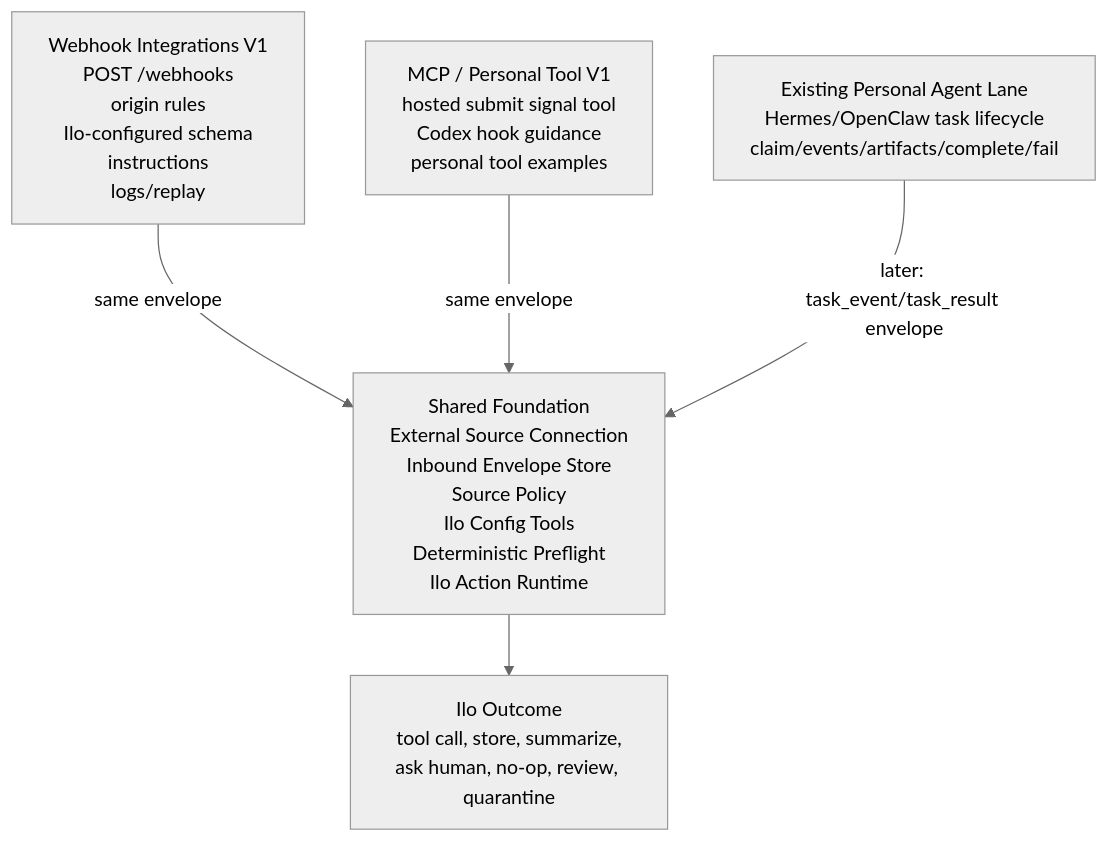
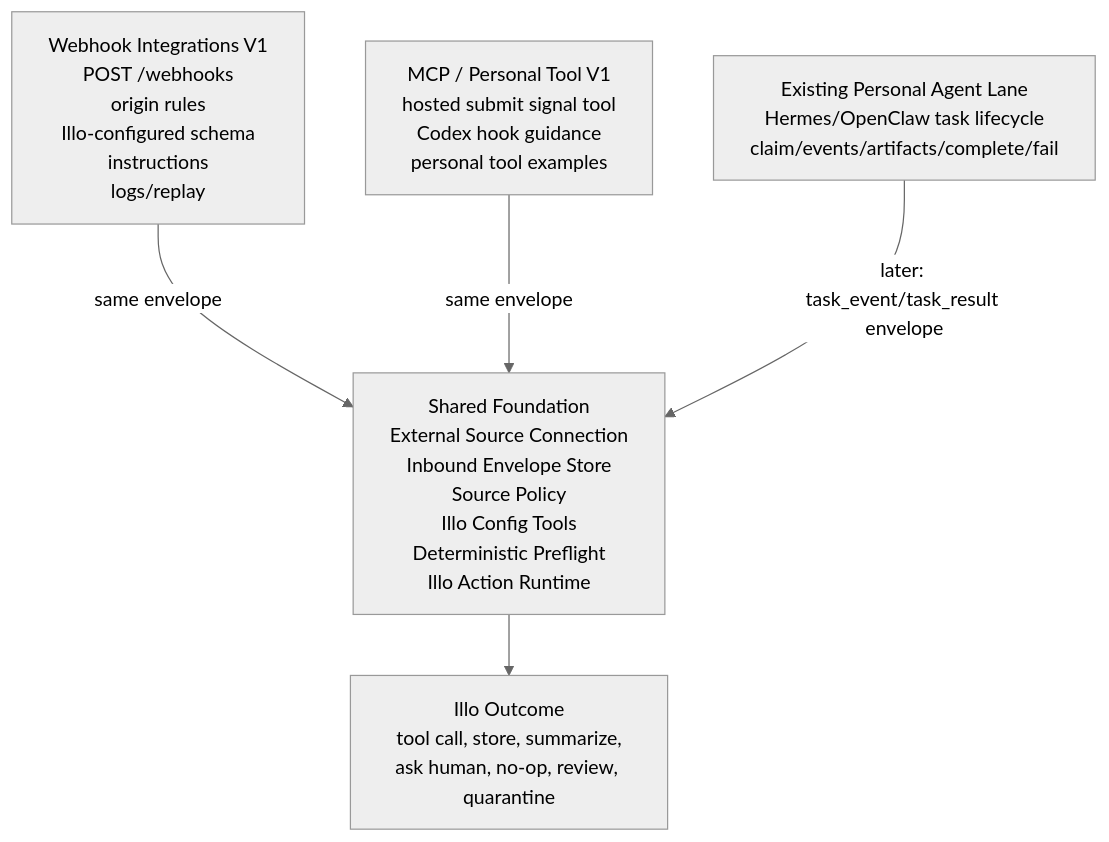
Before and after one commit to Illospace/illospace: the seventh of 7 diagrams in docs/prd-inbound-coordination-layer.md, drawn with Mermaid (neutral theme). The commit also changed other lines of this file and 2 other files, not shown here.

````diff
--- a/docs/prd-inbound-coordination-layer.md
+++ b/docs/prd-inbound-coordination-layer.md
@@ -648,16 +681,16 @@
 ```mermaid
 flowchart TD
-    Foundation["Shared Foundation<br/>External Source Connection<br/>Inbound Envelope Store<br/>Source Policy<br/>Ilo Config Tools<br/>Deterministic Preflight<br/>Ilo Action Runtime"]
+    Foundation["Shared Foundation<br/>External Source Connection<br/>Inbound Envelope Store<br/>Source Policy<br/>Illo Config Tools<br/>Deterministic Preflight<br/>Illo Action Runtime"]
 
-    Webhook["Webhook Integrations V1<br/>POST /webhooks<br/>origin rules<br/>Ilo-configured schema<br/>instructions<br/>logs/replay"]
+    Webhook["Webhook Integrations V1<br/>POST /webhooks<br/>origin rules<br/>Illo-configured schema<br/>instructions<br/>logs/replay"]
 
     MCP["MCP / Personal Tool V1<br/>hosted submit signal tool<br/>Codex hook guidance<br/>personal tool examples"]
 
     Agents["Existing Personal Agent Lane<br/>Hermes/OpenClaw task lifecycle<br/>claim/events/artifacts/complete/fail"]
 
     Webhook -->|"same envelope"| Foundation
     MCP -->|"same envelope"| Foundation
     Agents -->|"later: task_event/task_result envelope"| Foundation
 
-    Foundation --> Action["Ilo Outcome<br/>tool call, store, summarize,<br/>ask human, no-op, review, quarantine"]
+    Foundation --> Action["Illo Outcome<br/>tool call, store, summarize,<br/>ask human, no-op, review, quarantine"]
 ```
````
